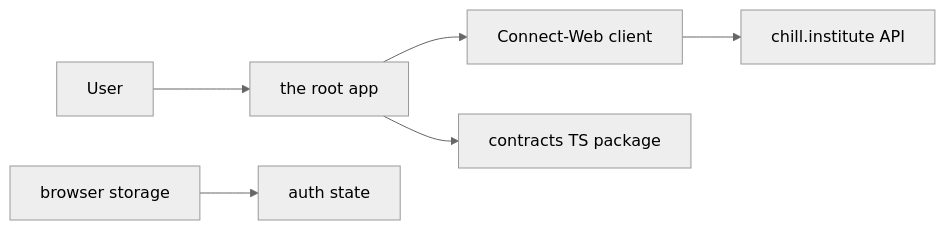
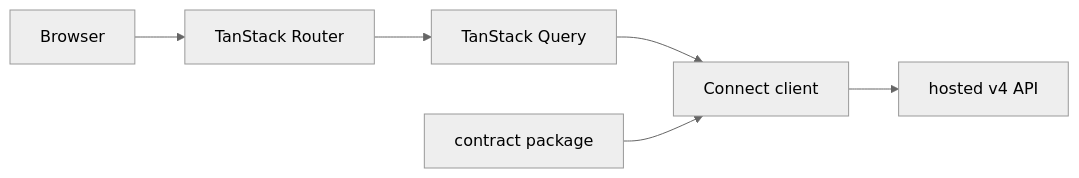
Before and after one commit to chill-institute/chill-web: the diagram in docs/ARCHITECTURE.md, drawn with Mermaid (neutral theme). The commit also changed other lines of this file and 11 other files, not shown here.

````diff
--- a/docs/ARCHITECTURE.md
+++ b/docs/ARCHITECTURE.md
@@ -7,8 +6,8 @@
 ```mermaid
 graph LR
-  User --> Web["the root app"]
-  Web --> API["Connect-Web client"]
-  API --> InstituteAPI["chill.institute API"]
-  Web --> Contracts["contracts TS package"]
-  Browser["browser storage"] --> Auth["auth state"]
+  Browser --> Router["TanStack Router"]
+  Router --> Query["TanStack Query"]
+  Query --> Connect["Connect client"]
+  Connect --> API["hosted v4 API"]
+  Contracts["contract package"] --> Connect
 ```
````
